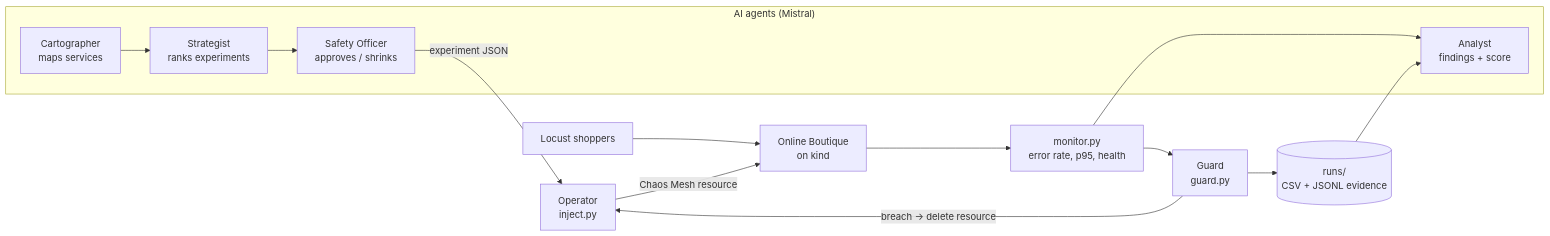
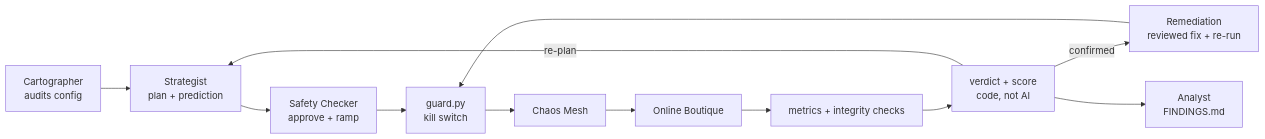
The diagram in README.md (Gotha8972/FantasticFour), drawn with Mermaid before and after one commit. The commit also changed other lines of this file and 35 other files, not shown here.

Commit message:
Day-2 scope fix: integrity checks, score, Analyst, catalog Remediation, honest ramp, false-breach guard; docs restructure + architecture one-pager

````diff
--- a/README.md
+++ b/README.md
@@ -30,17 +14,11 @@
 ```mermaid
 flowchart LR
-    subgraph AI["AI agents (Mistral)"]
-        CA[Cartographer<br/>maps services] --> ST[Strategist<br/>ranks experiments]
-        ST --> SO[Safety Officer<br/>approves / shrinks]
-        AN[Analyst<br/>findings + score]
-    end
-    SO -->|experiment JSON| OP[Operator<br/>inject.py]
-    OP -->|Chaos Mesh resource| APP[Online Boutique<br/>on kind]
-    LG[Locust shoppers] --> APP
-    APP --> MON[monitor.py<br/>error rate, p95, health]
-    MON --> GU[Guard<br/>guard.py]
-    GU -->|breach → delete resource| OP
-    MON --> AN
-    GU --> EV[(runs/<br/>CSV + JSONL evidence)]
-    EV --> AN
+    CA[Cartographer<br/>audits config] --> ST[Strategist<br/>plan + prediction]
+    ST --> SC[Safety Checker<br/>approve + ramp]
+    SC --> GU[guard.py<br/>kill switch]
+    GU --> CM[Chaos Mesh] --> APP[Online Boutique]
+    APP --> MON[metrics + integrity checks] --> V[verdict + score<br/>code, not AI]
+    V -->|re-plan| ST
+    V -->|confirmed| RM[Remediation<br/>reviewed fix + re-run] --> GU
+    V --> AN[Analyst<br/>FINDINGS.md]
 ```
````
